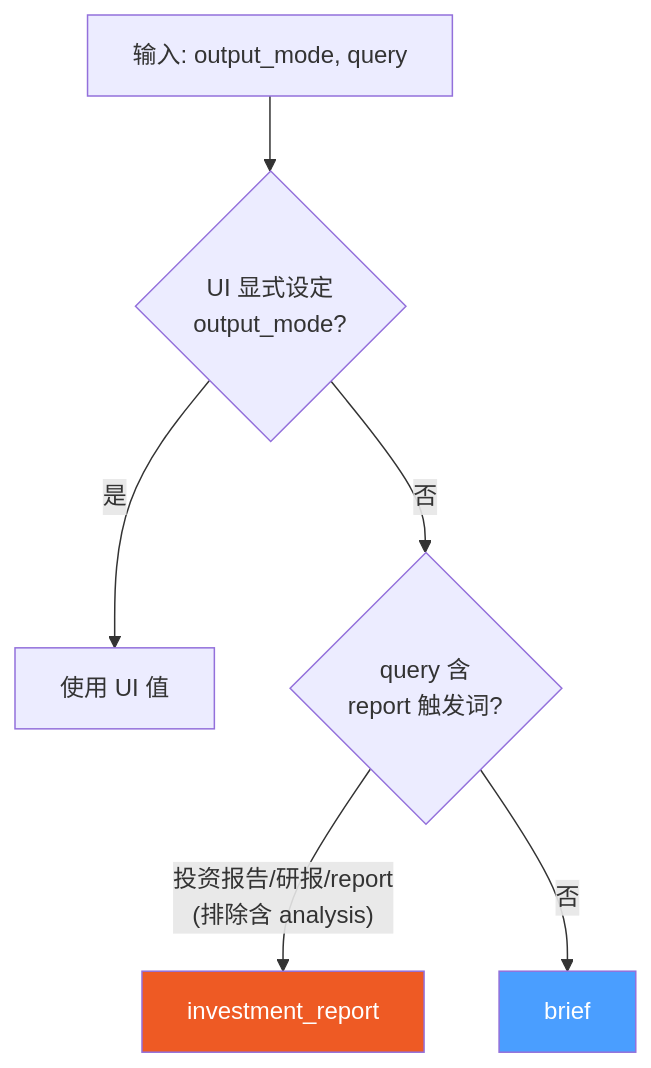
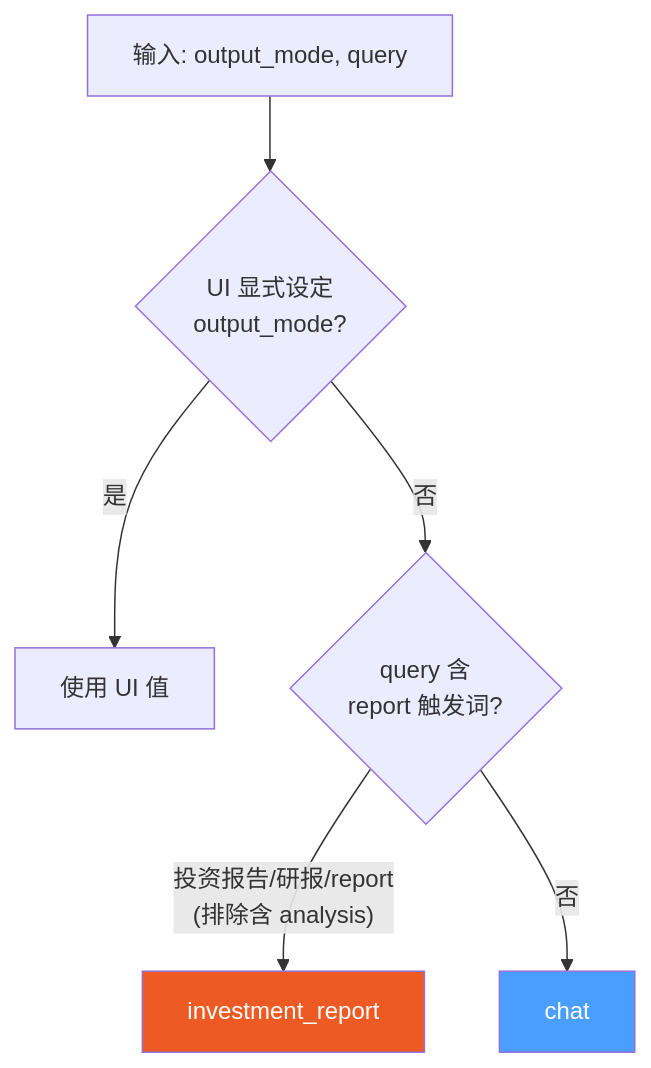
One commit to kkkano/FinSight changed the sixth of 24 diagrams in docs/LANGGRAPH_PIPELINE_DEEP_DIVE.md. Above: the diagram before and after it, drawn with Mermaid. The commit also changed other lines of this file and 17 other files, not shown here.

````diff
--- a/docs/LANGGRAPH_PIPELINE_DEEP_DIVE.md
+++ b/docs/LANGGRAPH_PIPELINE_DEEP_DIVE.md
@@ -299,11 +299,11 @@
 ```mermaid
 flowchart TD
     IN[输入: output_mode, query] --> CHECK1{UI 显式设定<br/>output_mode?}
     CHECK1 -->|是| USE_UI[使用 UI 值]
     CHECK1 -->|否| CHECK2{query 含<br/>report 触发词?}
     CHECK2 -->|"投资报告/研报/report<br/>(排除含 analysis)"| IR[investment_report]
-    CHECK2 -->|否| BRIEF[brief]
+    CHECK2 -->|否| CHAT[chat]
 
     style IR fill:#ee5a24,color:#fff
-    style BRIEF fill:#4a9eff,color:#fff
+    style CHAT fill:#4a9eff,color:#fff
 ```
````
